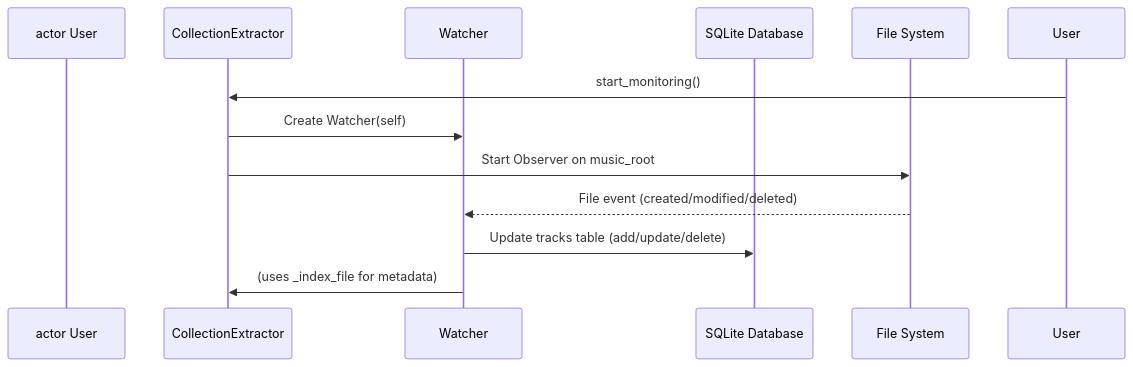
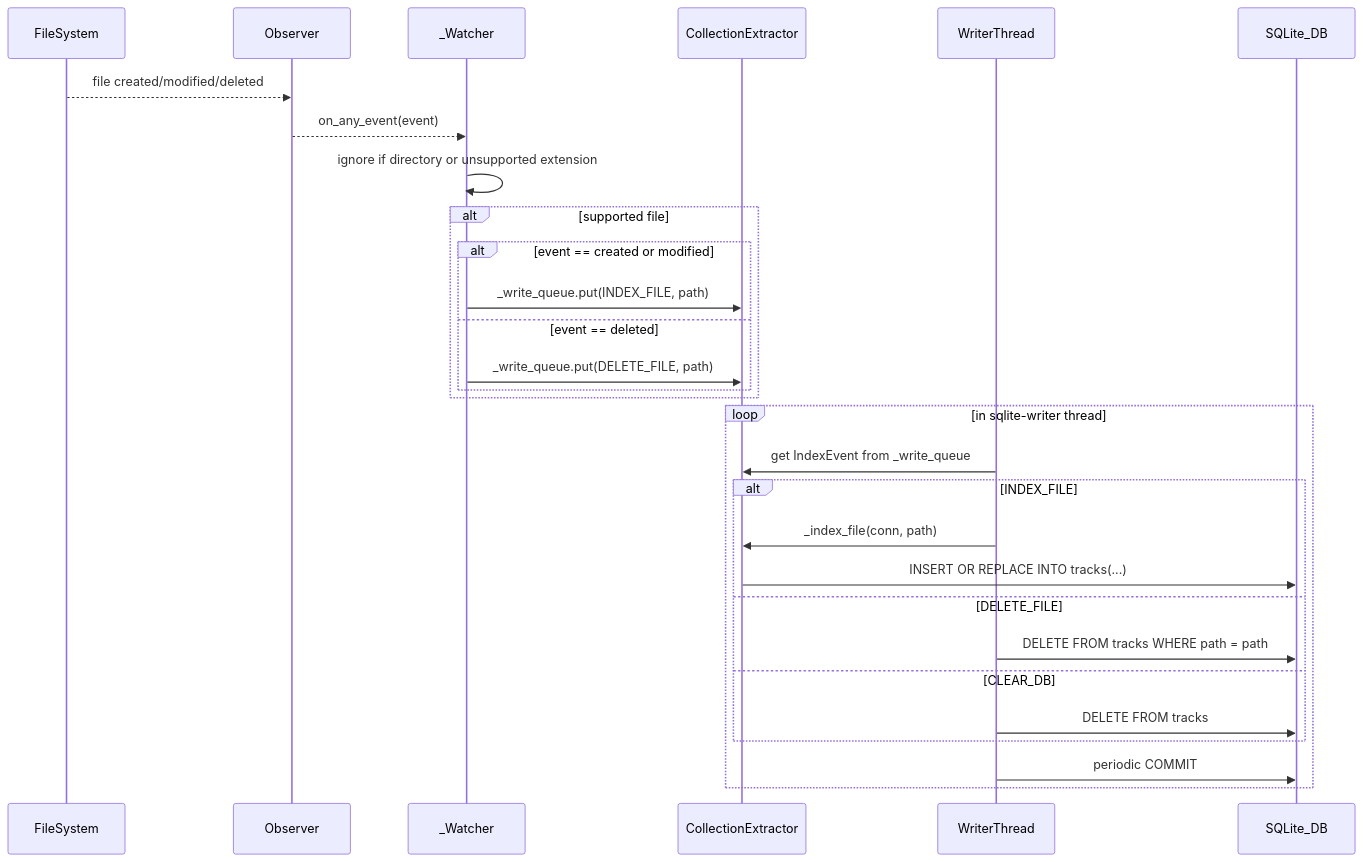
One commit to mark-me/mixtape-society changed the second of 3 diagrams in docs/development/musiclib.md. Above: the diagram before and after it, drawn with Mermaid. The commit also changed other lines of this file and 3 other files, not shown here.

````diff
--- a/docs/development/musiclib.md
+++ b/docs/development/musiclib.md
@@ -43,15 +71,34 @@
 ```mermaid
 sequenceDiagram
-    participant Music as actor User
-    participant Extractor as CollectionExtractor
-    participant Watcher as Watcher
-    participant DB as SQLite Database
-    participant FS as File System
-    User->>Extractor: start_monitoring()
-    Extractor->>Watcher: Create Watcher(self)
-    Extractor->>FS: Start Observer on music_root
-    FS-->>Watcher: File event (created/modified/deleted)
-    Watcher->>DB: Update tracks table (add/update/delete)
-    Watcher->>Extractor: (uses _index_file for metadata)
+    participant FS as FileSystem
+    participant Observer
+    participant Watcher as _Watcher
+    participant CollectionExtractor
+    participant WriterThread
+    participant SQLiteDB as SQLite_DB
 
+    FS-->>Observer: file created/modified/deleted
+    Observer-->>Watcher: on_any_event(event)
+
+    Watcher->>Watcher: ignore if directory or unsupported extension
+    alt supported file
+        alt event == created or modified
+            Watcher->>CollectionExtractor: _write_queue.put(INDEX_FILE, path)
+        else event == deleted
+            Watcher->>CollectionExtractor: _write_queue.put(DELETE_FILE, path)
+        end
+    end
+
+    loop in sqlite-writer thread
+        WriterThread->>CollectionExtractor: get IndexEvent from _write_queue
+        alt INDEX_FILE
+            WriterThread->>CollectionExtractor: _index_file(conn, path)
+            CollectionExtractor->>SQLiteDB: INSERT OR REPLACE INTO tracks(...)
+        else DELETE_FILE
+            WriterThread->>SQLiteDB: DELETE FROM tracks WHERE path = path
+        else CLEAR_DB
+            WriterThread->>SQLiteDB: DELETE FROM tracks
+        end
+        WriterThread->>SQLiteDB: periodic COMMIT
+    end
 ```
````
